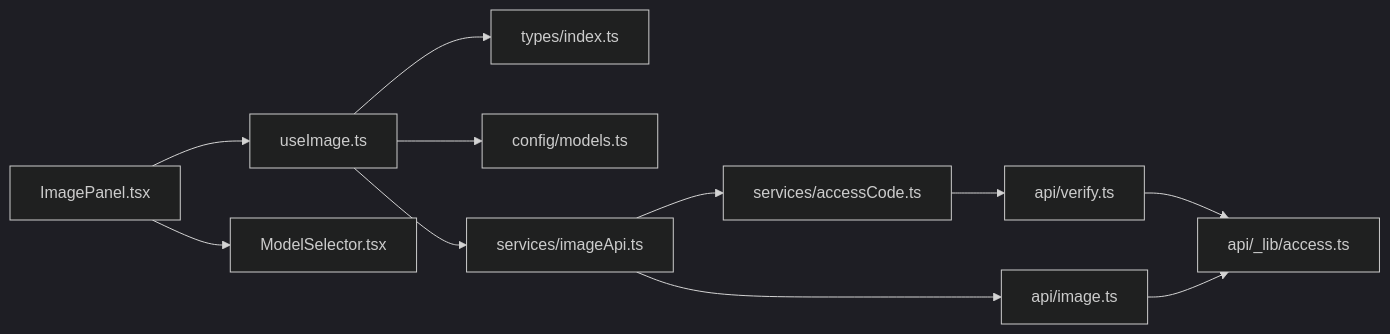
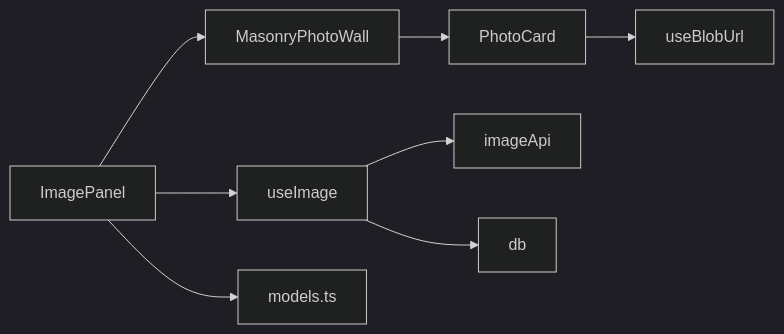
The tenth of 10 diagrams in .qoder/repowiki/zh/content/图像生成功能/图像面板组件.md (billye220670/AIShop), drawn with Mermaid (dark theme) before and after one commit. The commit also changed other lines of this file and 135 other files, not shown here.

````diff
--- a/.qoder/repowiki/zh/content/图像生成功能/图像面板组件.md
+++ b/.qoder/repowiki/zh/content/图像生成功能/图像面板组件.md
@@ -359,13 +393,10 @@
 ```mermaid
 graph LR
-Panel["ImagePanel.tsx"] --> Hook["useImage.ts"]
-Panel --> Selector["ModelSelector.tsx"]
-Hook --> Types["types/index.ts"]
-Hook --> Models["config/models.ts"]
-Hook --> Api["services/imageApi.ts"]
-Api --> Edge["api/image.ts"]
-Api --> Access["services/accessCode.ts"]
-Access --> Verify["api/verify.ts"]
-Verify --> Lib["api/_lib/access.ts"]
-Edge --> Lib
+IP["ImagePanel"] --> UI["useImage"]
+IP --> MPW["MasonryPhotoWall"]
+MPW --> PC["PhotoCard"]
+UI --> API["imageApi"]
+UI --> DB["db"]
+IP --> CFG["models.ts"]
+PC --> HOOK["useBlobUrl"]
 ```
````
